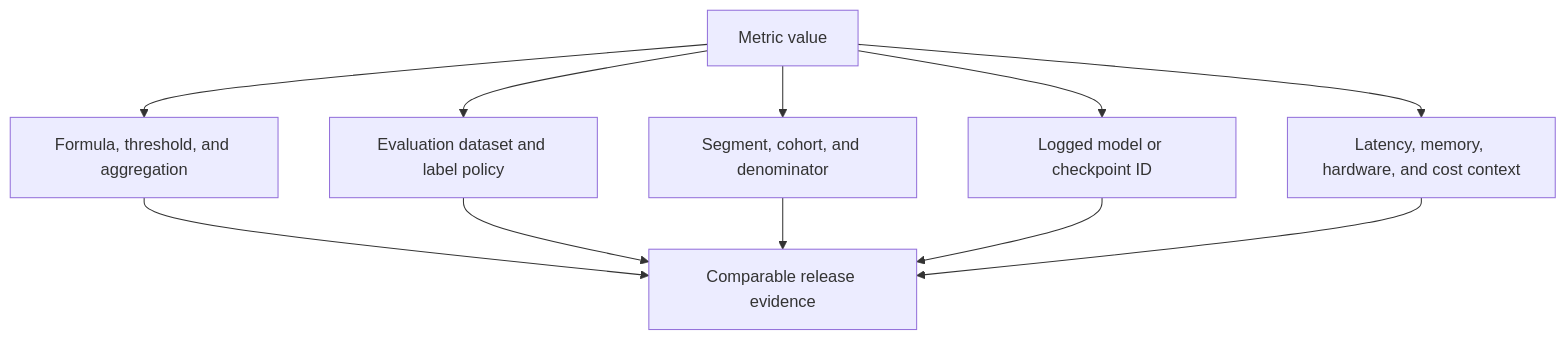
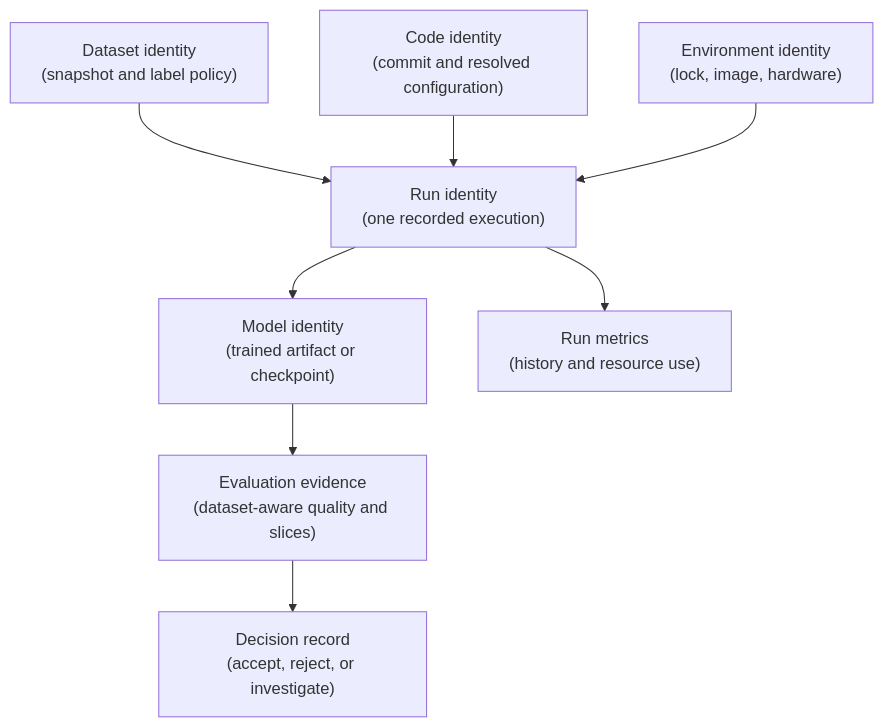
One commit to senlinyy/dev-roadmaps changed the second of 5 diagrams in roadmaps/mlops/modules/experiments-and-reproducibility/tools-and-registries/01-mlflow-and-wandb.md. Above: the diagram before and after it, drawn with Mermaid. The commit also changed other lines of this file and 198 other files, not shown here.

````diff
--- a/roadmaps/mlops/modules/experiments-and-reproducibility/tools-and-registries/01-mlflow-and-wandb.md
+++ b/roadmaps/mlops/modules/experiments-and-reproducibility/tools-and-registries/01-mlflow-and-wandb.md
@@ -82,13 +72,10 @@
 ```mermaid
-flowchart TB
-    Value["Metric value"] --> Definition["Formula, threshold, and aggregation"]
-    Value --> Dataset["Evaluation dataset and label policy"]
-    Value --> Slice["Segment, cohort, and denominator"]
-    Value --> Model["Logged model or checkpoint ID"]
-    Value --> Runtime["Latency, memory, hardware, and cost context"]
-    Definition --> Decision["Comparable release evidence"]
-    Dataset --> Decision
-    Slice --> Decision
-    Model --> Decision
-    Runtime --> Decision
+flowchart TD
+    A["Dataset identity<br/>(snapshot and label policy)"] --> D["Run identity<br/>(one recorded execution)"]
+    B["Code identity<br/>(commit and resolved configuration)"] --> D
+    C["Environment identity<br/>(lock, image, hardware)"] --> D
+    D --> E["Model identity<br/>(trained artifact or checkpoint)"]
+    D --> F["Run metrics<br/>(history and resource use)"]
+    E --> G["Evaluation evidence<br/>(dataset-aware quality and slices)"]
+    G --> H["Decision record<br/>(accept, reject, or investigate)"]
 ```
````
